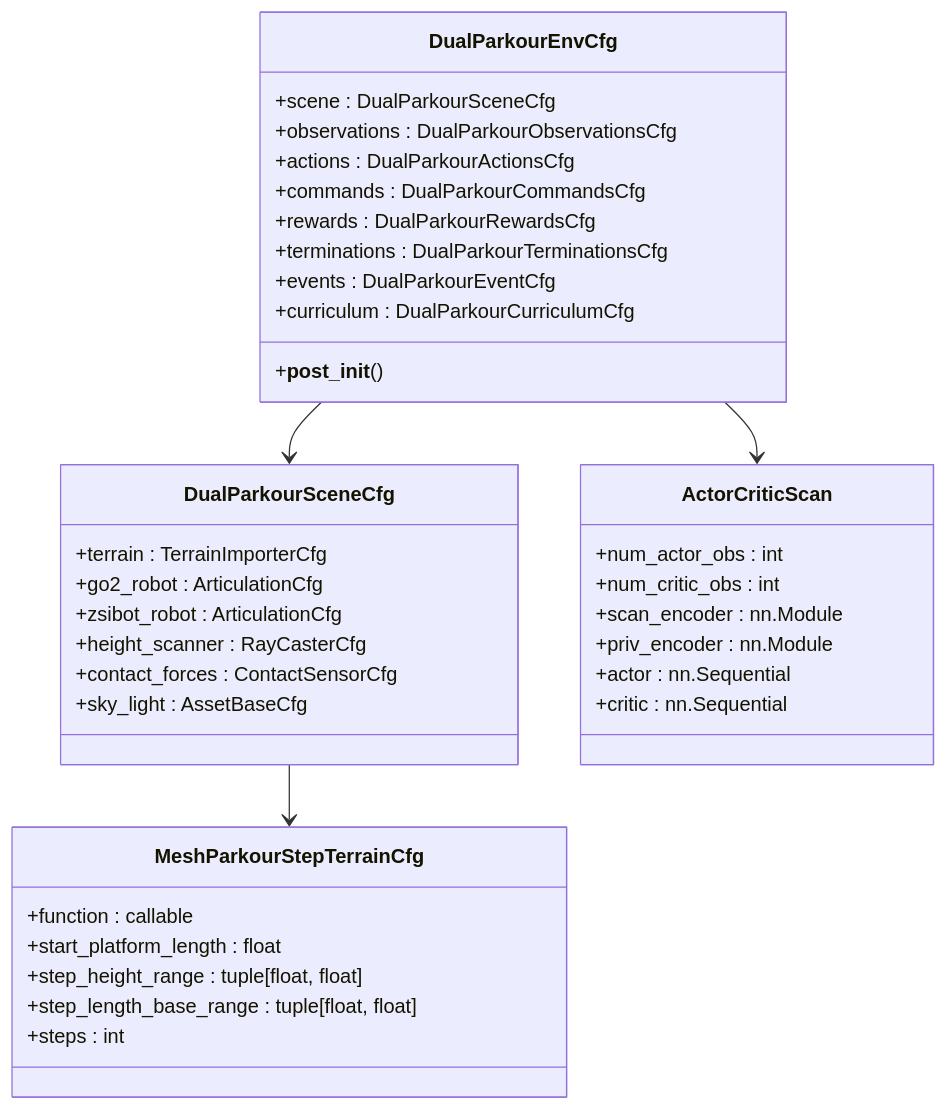
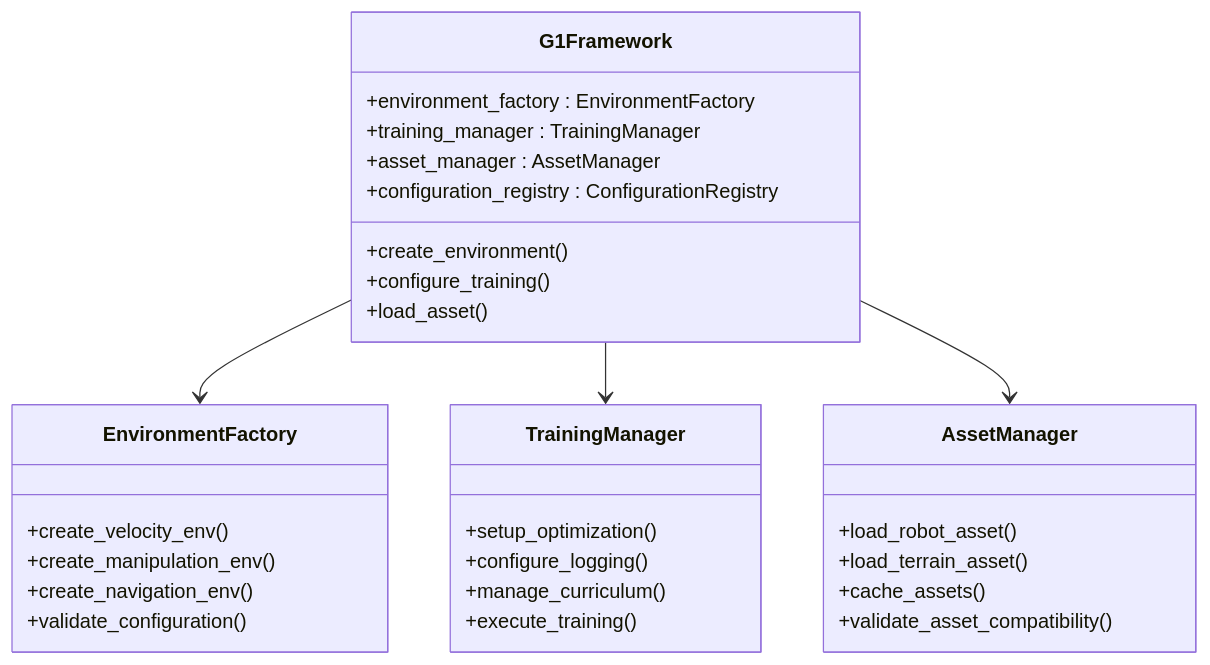
One commit to jayjayhust/robot_lab changed the second of 4 diagrams in .qoder/repowiki/en/content/Task Configuration Framework/Velocity-Based Locomotion Tasks/Parkour Navigation System.md. Above: the diagram before and after it, drawn with Mermaid. The commit also changed other lines of this file and 14 other files, not shown here.

Commit message:
add go2 navigation training directory

````diff
--- a/.qoder/repowiki/en/content/Task Configuration Framework/Velocity-Based Locomotion Tasks/Parkour Navigation System.md
+++ b/.qoder/repowiki/en/content/Task Configuration Framework/Velocity-Based Locomotion Tasks/Parkour Navigation System.md
@@ -138,40 +92,33 @@
 ```mermaid
 classDiagram
-class DualParkourEnvCfg {
-+scene : DualParkourSceneCfg
-+observations : DualParkourObservationsCfg
-+actions : DualParkourActionsCfg
-+commands : DualParkourCommandsCfg
-+rewards : DualParkourRewardsCfg
-+terminations : DualParkourTerminationsCfg
-+events : DualParkourEventCfg
-+curriculum : DualParkourCurriculumCfg
-+__post_init__()
+class G1Framework {
++environment_factory : EnvironmentFactory
++training_manager : TrainingManager
++asset_manager : AssetManager
++configuration_registry : ConfigurationRegistry
++create_environment()
++configure_training()
++load_asset()
 }
-class DualParkourSceneCfg {
-+terrain : TerrainImporterCfg
-+go2_robot : ArticulationCfg
-+zsibot_robot : ArticulationCfg
-+height_scanner : RayCasterCfg
-+contact_forces : ContactSensorCfg
-+sky_light : AssetBaseCfg
+class EnvironmentFactory {
++create_velocity_env()
++create_manipulation_env()
++create_navigation_env()
++validate_configuration()
 }
-class MeshParkourStepTerrainCfg {
-+function : callable
-+start_platform_length : float
-+step_height_range : tuple[float, float]
-+step_length_base_range : tuple[float, float]
-+steps : int
+class TrainingManager {
++setup_optimization()
++configure_logging()
++manage_curriculum()
++execute_training()
 }
-class ActorCriticScan {
-+num_actor_obs : int
-+num_critic_obs : int
-+scan_encoder : nn.Module
-+priv_encoder : nn.Module
-+actor : nn.Sequential
-+critic : nn.Sequential
+class AssetManager {
++load_robot_asset()
++load_terrain_asset()
++cache_assets()
++validate_asset_compatibility()
 }
-DualParkourEnvCfg --> DualParkourSceneCfg
-DualParkourSceneCfg --> MeshParkourStepTerrainCfg
-DualParkourEnvCfg --> ActorCriticScan
+G1Framework --> EnvironmentFactory
+G1Framework --> TrainingManager
+G1Framework --> AssetManager
 ```
````
